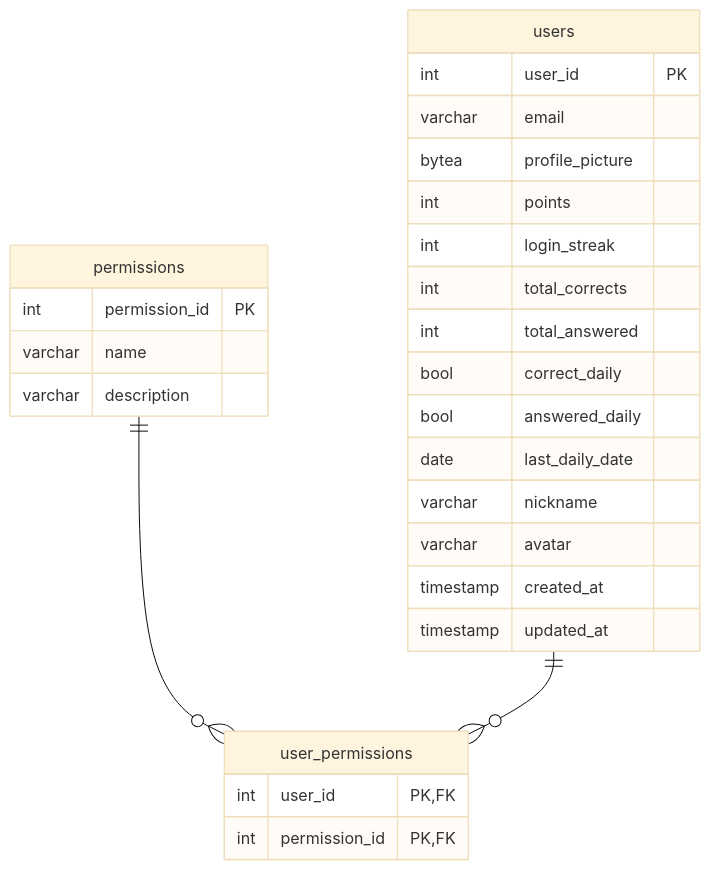
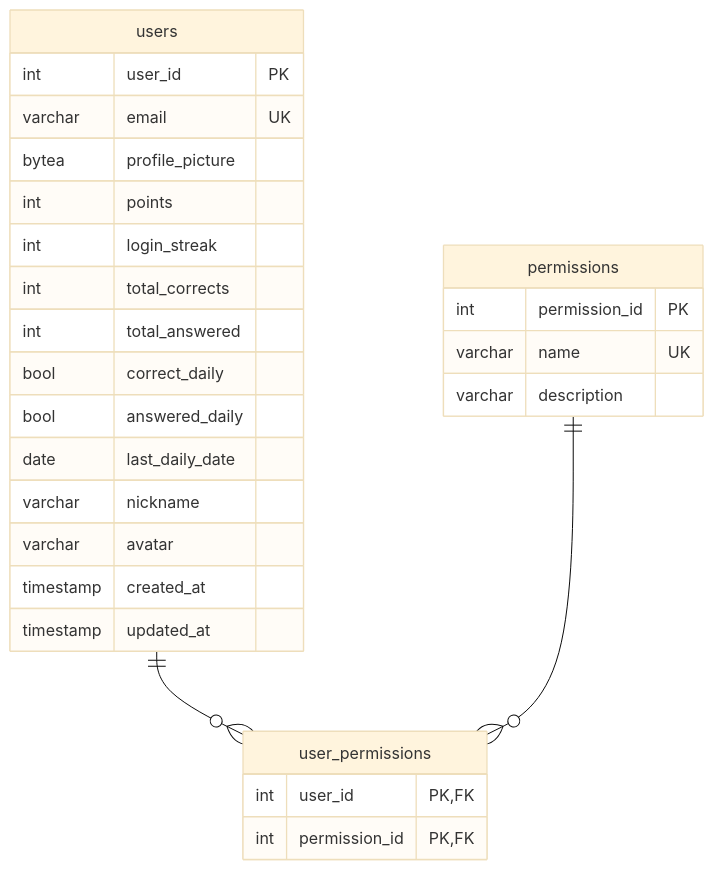
The second of 9 diagrams in docs/modelo-de-dados.md (IthaloCavalcante/ifvest-docs), drawn with Mermaid (base theme) before and after one commit. The commit also changed other lines of this file and 17 other files, not shown here.

````diff
--- a/docs/modelo-de-dados.md
+++ b/docs/modelo-de-dados.md
@@ -57,30 +62,30 @@
 ```mermaid
 erDiagram
     permissions {
         int permission_id PK
-        varchar name
+        varchar name UK
         varchar description
     }
     user_permissions {
         int user_id PK, FK
         int permission_id PK, FK
     }
     users {
         int user_id PK
-        varchar email
+        varchar email UK
         bytea profile_picture
         int points
         int login_streak
         int total_corrects
         int total_answered
         bool correct_daily
         bool answered_daily
         date last_daily_date
         varchar nickname
         varchar avatar
         timestamp created_at
         timestamp updated_at
     }
+    users ||--o{ user_permissions : ""
     permissions ||--o{ user_permissions : ""
-    users ||--o{ user_permissions : ""
 ```
````
